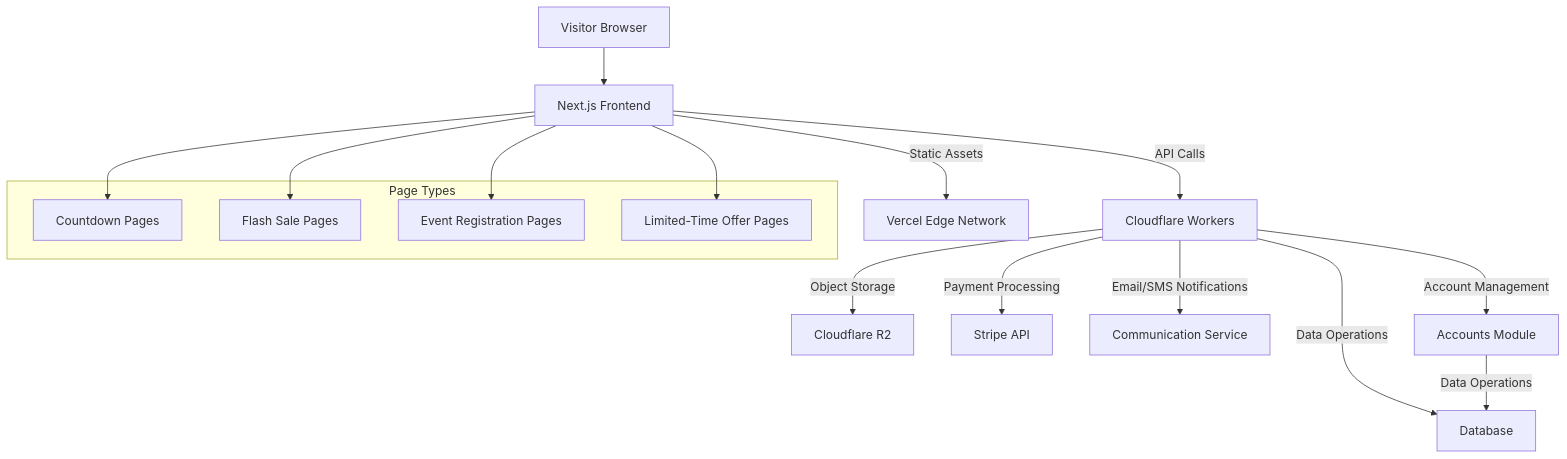
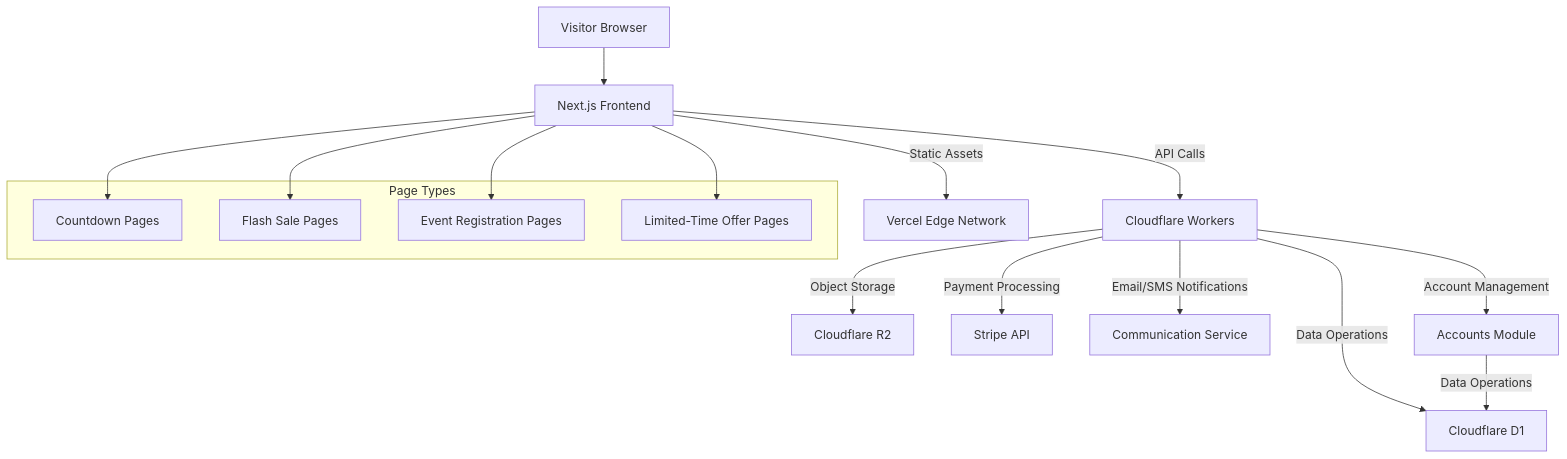
One commit to hkrickybjjdev/digital-sales-monorepo changed the first of 2 diagrams in docs/architecture.md. Above: the diagram before and after it, drawn with Mermaid.

Commit message:
Update architecture documentation to reflect Cloudflare D1 usage for data operations

````diff
--- a/docs/architecture.md
+++ b/docs/architecture.md
@@ -64,25 +64,25 @@
 ```mermaid
 graph TD
     A[Visitor Browser] --> B[Next.js Frontend]
     B -- API Calls --> C[Cloudflare Workers]
     C -- Object Storage --> D[Cloudflare R2]
-    C -- Data Operations --> E[Database]
+    C -- Data Operations --> E[Cloudflare D1]
     C -- Payment Processing --> F[Stripe API]
     B -- Static Assets --> G[Vercel Edge Network]
     C -- Email/SMS Notifications --> H[Communication Service]
     
     subgraph "Page Types"
     I[Countdown Pages]
     J[Flash Sale Pages]
     K[Event Registration Pages]
     L[Limited-Time Offer Pages]
     end
     
     B --> I
     B --> J
     B --> K
     B --> L
 
     C -- Account Management --> M[Accounts Module]
     M -- Data Operations --> E
 ```
````
